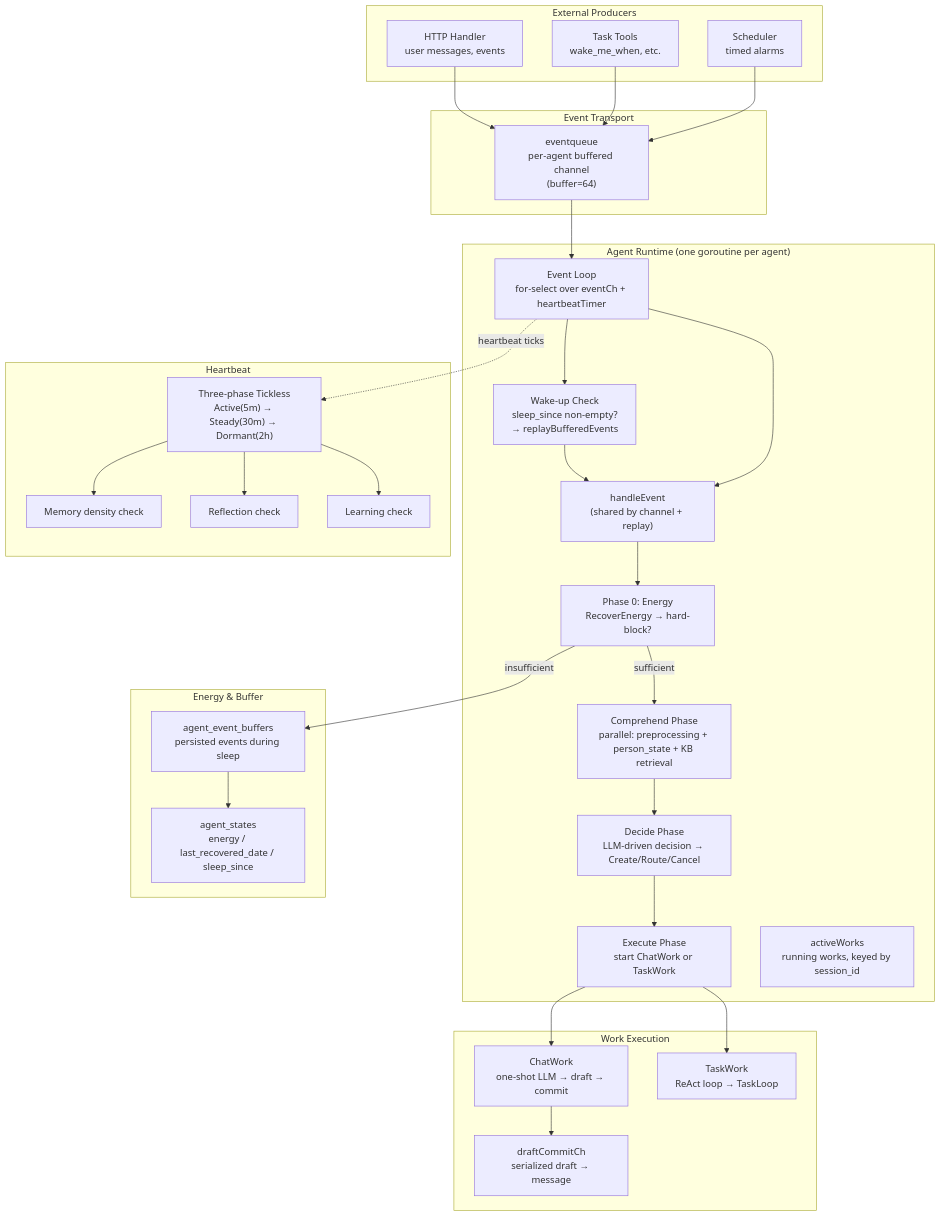
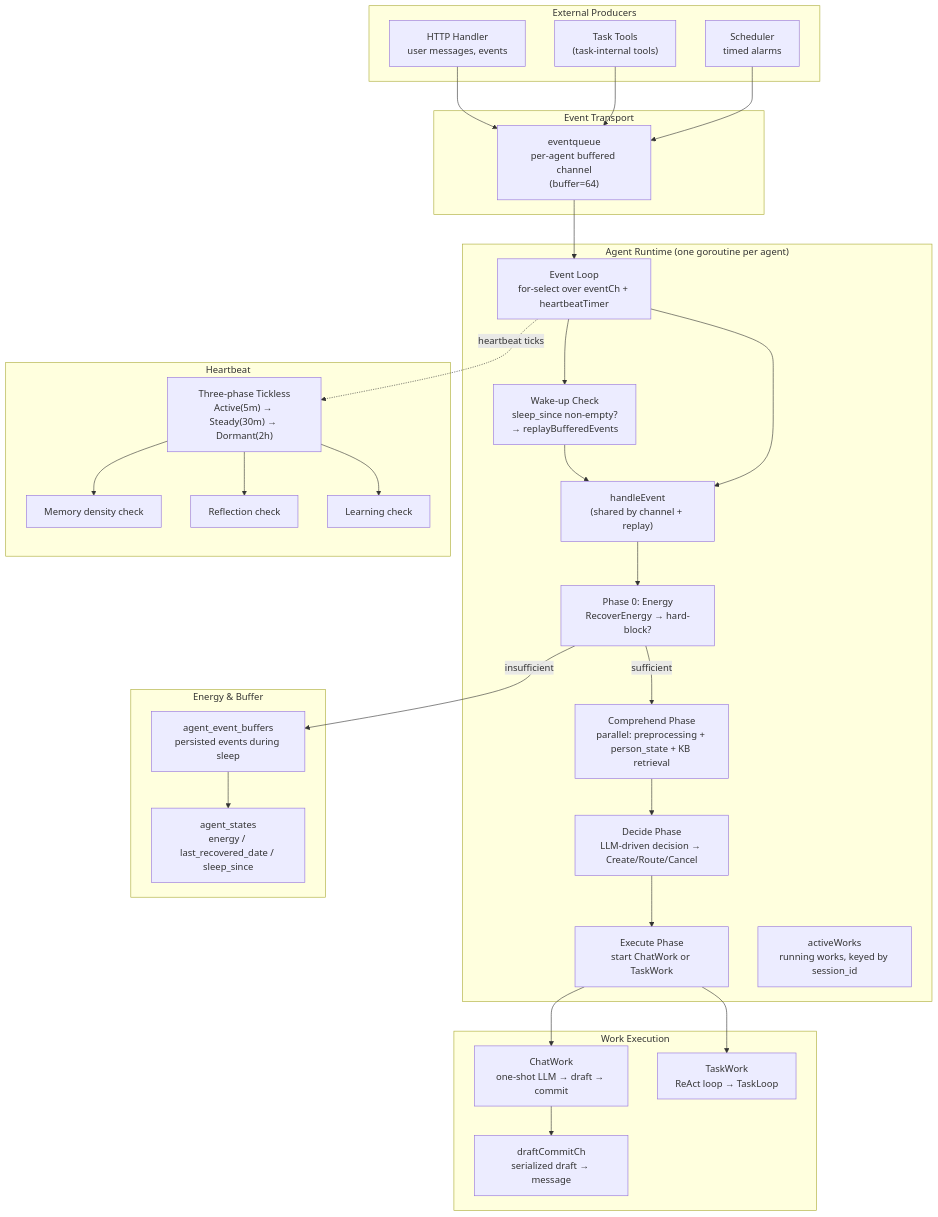
Before and after one commit to KoanJan/qingqiu-world: the first of 14 diagrams in doc/engineering_implements/agent-runtime-event-loop.md, drawn with Mermaid. The commit also changed other lines of this file and 36 other files, not shown here.

````diff
--- a/doc/engineering_implements/agent-runtime-event-loop.md
+++ b/doc/engineering_implements/agent-runtime-event-loop.md
@@ -7,62 +7,62 @@
 ```mermaid
 graph TB
     subgraph "External Producers"
         Handler["HTTP Handler<br/>user messages, events"]
-        TaskTools["Task Tools<br/>wake_me_when, etc."]
+        TaskTools["Task Tools<br/>(task-internal tools)"]
         Scheduler["Scheduler<br/>timed alarms"]
     end
 
     subgraph "Event Transport"
         EQ["eventqueue<br/>per-agent buffered channel<br/>(buffer=64)"]
     end
 
     subgraph "Agent Runtime (one goroutine per agent)"
         Loop["Event Loop<br/>for-select over eventCh + heartbeatTimer"]
         Wakeup["Wake-up Check<br/>sleep_since non-empty?<br/>→ replayBufferedEvents"]
         Handle["handleEvent<br/>(shared by channel + replay)"]
         Energy["Phase 0: Energy<br/>RecoverEnergy → hard-block?"]
         Comprehend["Comprehend Phase<br/>parallel: preprocessing + person_state + KB retrieval"]
         Decide["Decide Phase<br/>LLM-driven decision → Create/Route/Cancel"]
         Execute["Execute Phase<br/>start ChatWork or TaskWork"]
         ActiveWorks["activeWorks<br/>running works, keyed by session_id"]
     end
 
     subgraph "Work Execution"
         ChatWork["ChatWork<br/>one-shot LLM → draft → commit"]
         TaskWork["TaskWork<br/>ReAct loop → TaskLoop"]
         DraftCh["draftCommitCh<br/>serialized draft → message"]
     end
 
     subgraph "Energy & Buffer"
         AgentState["agent_states<br/>energy / last_recovered_date / sleep_since"]
         EventBuffer["agent_event_buffers<br/>persisted events during sleep"]
     end
 
     subgraph "Heartbeat"
         HB["Three-phase Tickless<br/>Active(5m) → Steady(30m) → Dormant(2h)"]
         MemCheck["Memory density check"]
         RefCheck["Reflection check"]
         LearnCheck["Learning check"]
     end
 
     Handler --> EQ
     TaskTools --> EQ
     Scheduler --> EQ
     EQ --> Loop
     Loop --> Wakeup
     Wakeup --> Handle
     Loop --> Handle
     Handle --> Energy
     Energy -->|sufficient| Comprehend
     Energy -->|insufficient| EventBuffer
     EventBuffer --> AgentState
     Comprehend --> Decide
     Decide --> Execute
     Execute --> ChatWork
     Execute --> TaskWork
     ChatWork --> DraftCh
     Loop -.heartbeat ticks.-> HB
     HB --> MemCheck
     HB --> RefCheck
     HB --> LearnCheck
 ```
````
